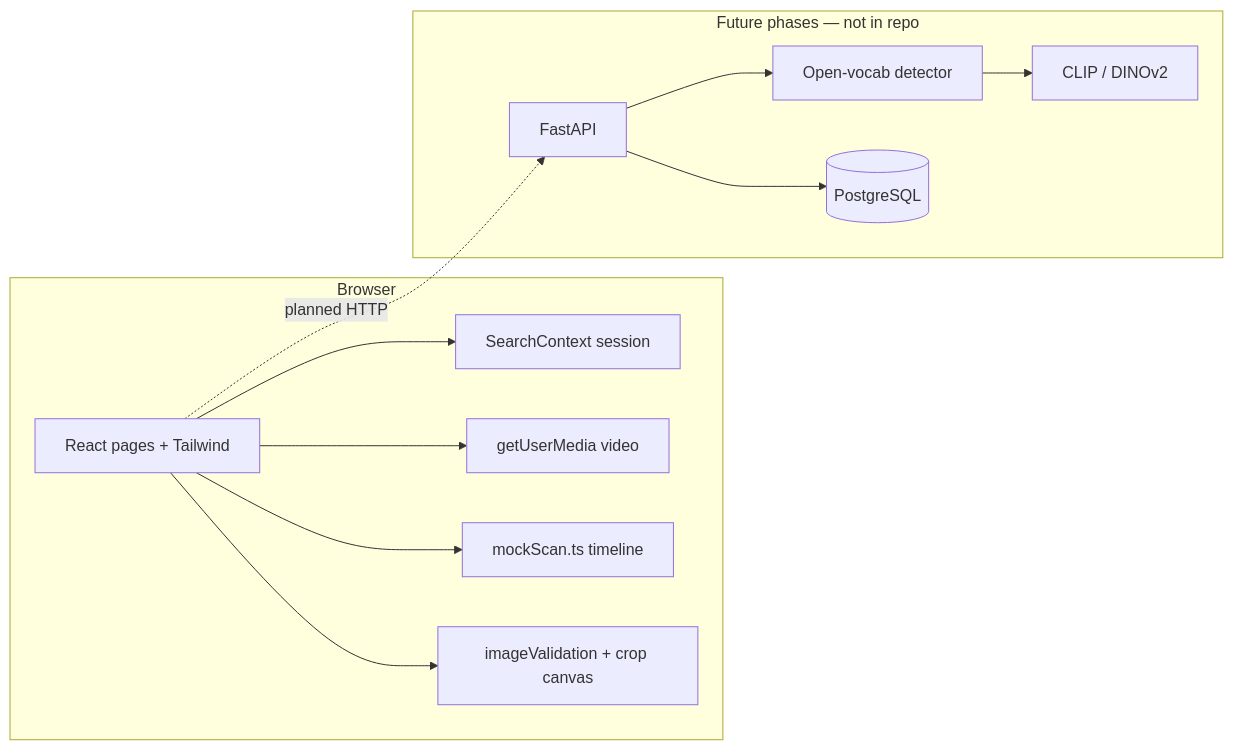
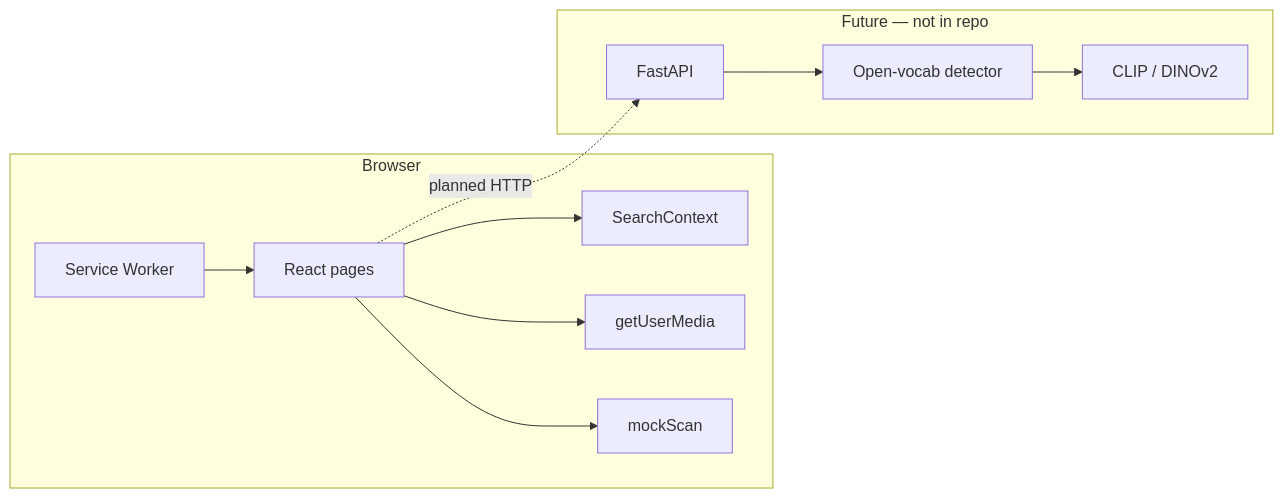
Before and after one commit to anushkagupta6155-ship-it/Findit-ai: the second of 2 diagrams in README.md, drawn with Mermaid. The commit also changed other lines of this file, not shown here.

````diff
--- a/README.md
+++ b/README.md
@@ -192,25 +232,23 @@
 ```mermaid
 flowchart LR
   subgraph Browser
-    UI[React pages + Tailwind]
-    CTX[SearchContext session]
-    CAM[getUserMedia video]
-    MOCK[mockScan.ts timeline]
-    VAL[imageValidation + crop canvas]
+    UI[React pages]
+    CTX[SearchContext]
+    CAM[getUserMedia]
+    MOCK[mockScan]
+    SW[Service Worker]
     UI --> CTX
     UI --> CAM
     UI --> MOCK
-    UI --> VAL
+    SW --> UI
   end
 
-  subgraph Future["Future phases — not in repo"]
+  subgraph Future["Future — not in repo"]
     API[FastAPI]
     DET[Open-vocab detector]
     SIM[CLIP / DINOv2]
-    DB[(PostgreSQL)]
     API --> DET --> SIM
-    API --> DB
   end
 
   UI -.->|planned HTTP| API
 ```
````
